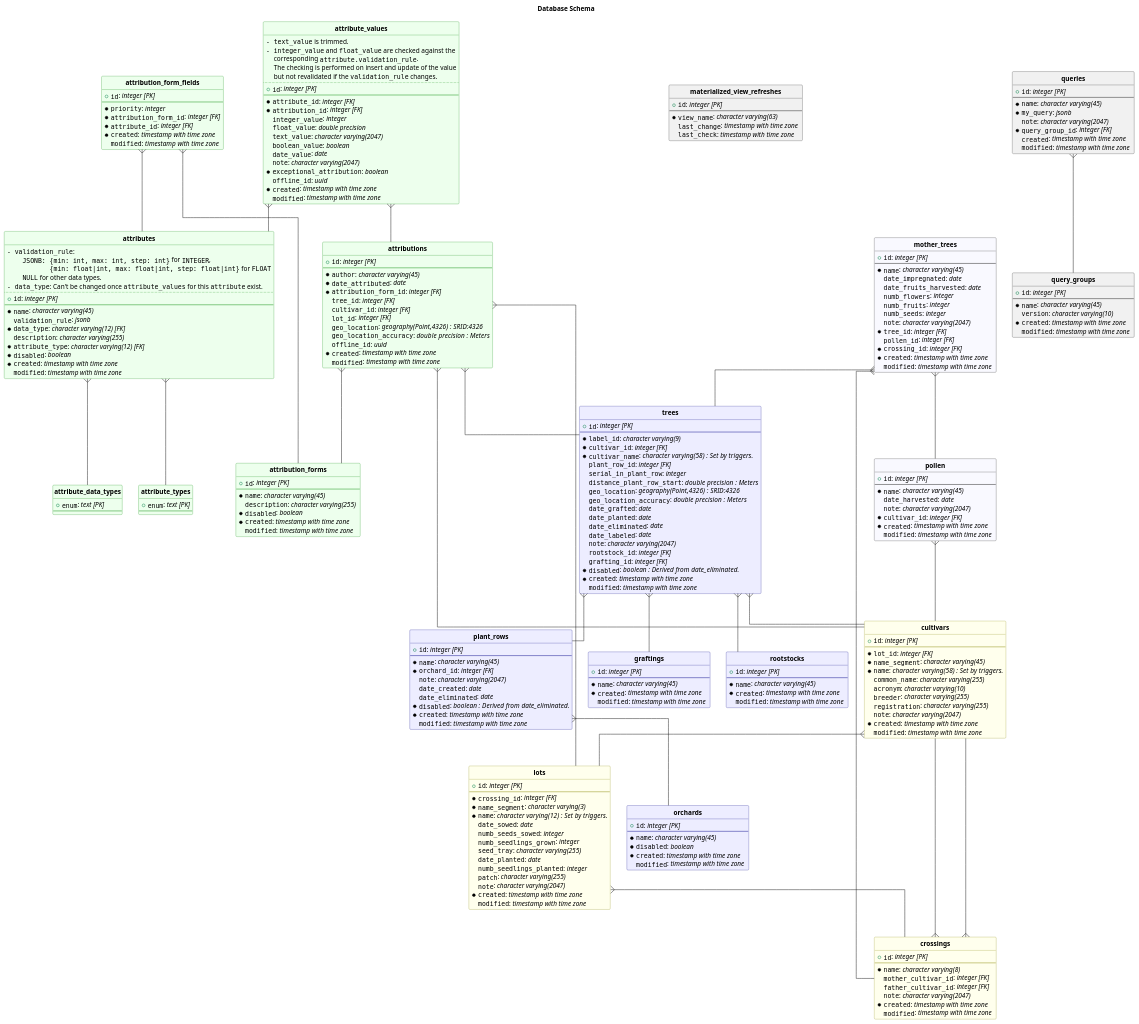
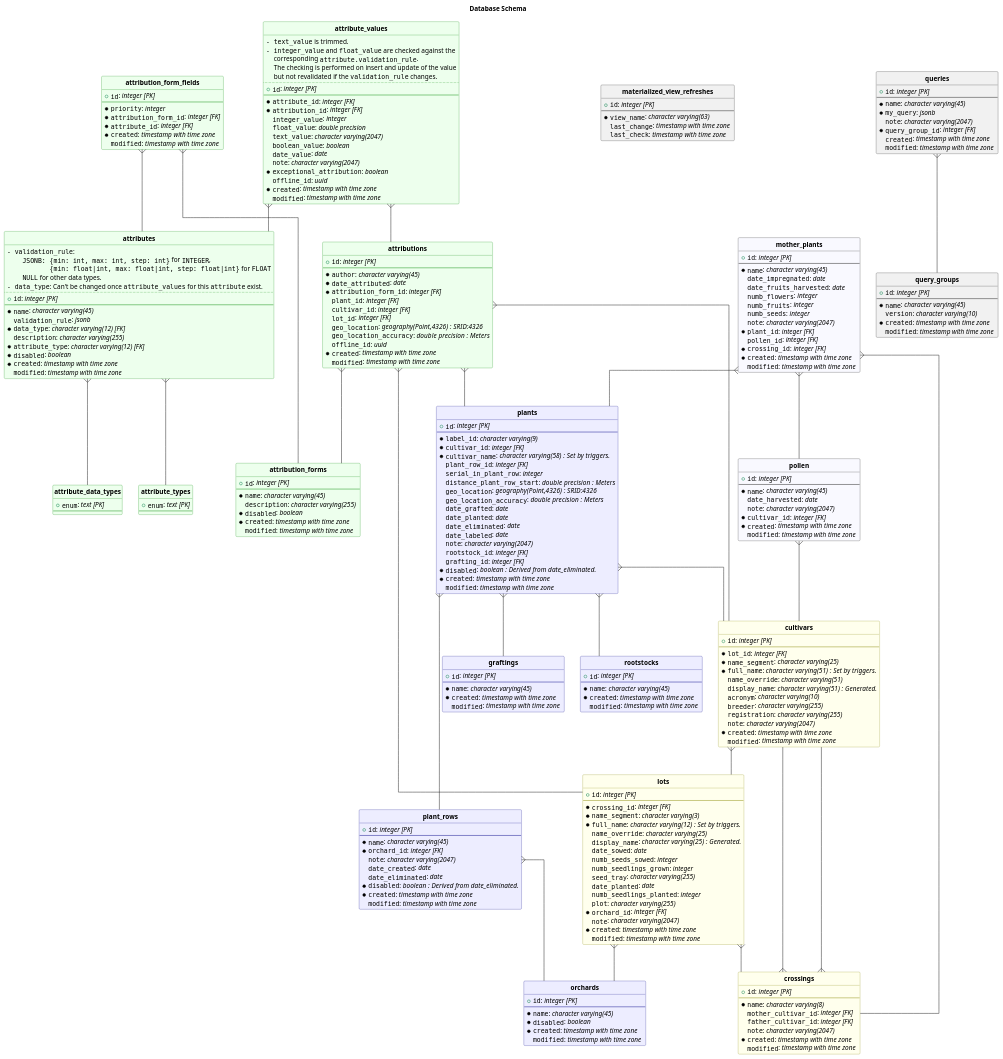
One commit to bolliger-tech/breedersdb.com changed the diagram in backend/docs/database.puml. Above: the diagram before and after it, drawn with PlantUML. The commit also changed 2 other files, not shown here.

Commit message:
Update database UML

```diff
--- a/backend/docs/database.puml
+++ b/backend/docs/database.puml
@@ -73,7 +73,7 @@
   *""author"": //character varying(45) //
   *""date_attributed"": //date //
   *""attribution_form_id"": //integer [FK]//
-  ""tree_id"": //integer [FK]//
+  ""plant_id"": //integer [FK]//
   ""cultivar_id"": //integer [FK]//
   ""lot_id"": //integer [FK]//
   ""geo_location"": //geography(Point,4326)  : SRID:4326//
@@ -98,9 +98,10 @@
   + ""id"": //integer [PK]//
   --
   *""lot_id"": //integer [FK]//
-  *""name_segment"": //character varying(45) //
-  *""name"": //character varying(58)  : Set by triggers.//
-  ""common_name"": //character varying(255) //
+  *""name_segment"": //character varying(25) //
+  *""full_name"": //character varying(51)  : Set by triggers.//
+  ""name_override"": //character varying(51) //
+  ""display_name"": //character varying(51)  : Generated.//
   ""acronym"": //character varying(10) //
   ""breeder"": //character varying(255) //
   ""registration"": //character varying(255) //
@@ -122,14 +123,17 @@
   --
   *""crossing_id"": //integer [FK]//
   *""name_segment"": //character varying(3) //
-  *""name"": //character varying(12)  : Set by triggers.//
+  *""full_name"": //character varying(12)  : Set by triggers.//
+  ""name_override"": //character varying(25) //
+  ""display_name"": //character varying(25)  : Generated.//
   ""date_sowed"": //date //
   ""numb_seeds_sowed"": //integer //
   ""numb_seedlings_grown"": //integer //
   ""seed_tray"": //character varying(255) //
   ""date_planted"": //date //
   ""numb_seedlings_planted"": //integer //
-  ""patch"": //character varying(255) //
+  ""plot"": //character varying(255) //
+  *""orchard_id"": //integer [FK]//
   ""note"": //character varying(2047) //
   *""created"": //timestamp with time zone //
   ""modified"": //timestamp with time zone //
@@ -143,7 +147,7 @@
   ""last_check"": //timestamp with time zone //
 }
 
-entity "**mother_trees**" #0000ff06 {
+entity "**mother_plants**" #0000ff06 {
   + ""id"": //integer [PK]//
   --
   *""name"": //character varying(45) //
@@ -153,7 +157,7 @@
   ""numb_fruits"": //integer //
   ""numb_seeds"": //integer //
   ""note"": //character varying(2047) //
-  *""tree_id"": //integer [FK]//
+  *""plant_id"": //integer [FK]//
   ""pollen_id"": //integer [FK]//
   *""crossing_id"": //integer [FK]//
   *""created"": //timestamp with time zone //
@@ -177,6 +181,29 @@
   ""note"": //character varying(2047) //
   ""date_created"": //date //
   ""date_eliminated"": //date //
+  *""disabled"": //boolean  : Derived from date_eliminated.//
+  *""created"": //timestamp with time zone //
+  ""modified"": //timestamp with time zone //
+}
+
+entity "**plants**" #0000ff12 ##000088 {
+  + ""id"": //integer [PK]//
+  --
+  *""label_id"": //character varying(9) //
+  *""cultivar_id"": //integer [FK]//
+  *""cultivar_name"": //character varying(58)  : Set by triggers.//
+  ""plant_row_id"": //integer [FK]//
+  ""serial_in_plant_row"": //integer //
+  ""distance_plant_row_start"": //double precision  : Meters//
+  ""geo_location"": //geography(Point,4326)  : SRID:4326//
+  ""geo_location_accuracy"": //double precision  : Meters//
+  ""date_grafted"": //date //
+  ""date_planted"": //date //
+  ""date_eliminated"": //date //
+  ""date_labeled"": //date //
+  ""note"": //character varying(2047) //
+  ""rootstock_id"": //integer [FK]//
+  ""grafting_id"": //integer [FK]//
   *""disabled"": //boolean  : Derived from date_eliminated.//
   *""created"": //timestamp with time zone //
   ""modified"": //timestamp with time zone //
@@ -221,29 +248,6 @@
   ""modified"": //timestamp with time zone //
 }
 
-entity "**trees**" #0000ff12 ##000088 {
-  + ""id"": //integer [PK]//
-  --
-  *""label_id"": //character varying(9) //
-  *""cultivar_id"": //integer [FK]//
-  *""cultivar_name"": //character varying(58)  : Set by triggers.//
-  ""plant_row_id"": //integer [FK]//
-  ""serial_in_plant_row"": //integer //
-  ""distance_plant_row_start"": //double precision  : Meters//
-  ""geo_location"": //geography(Point,4326)  : SRID:4326//
-  ""geo_location_accuracy"": //double precision  : Meters//
-  ""date_grafted"": //date //
-  ""date_planted"": //date //
-  ""date_eliminated"": //date //
-  ""date_labeled"": //date //
-  ""note"": //character varying(2047) //
-  ""rootstock_id"": //integer [FK]//
-  ""grafting_id"": //integer [FK]//
-  *""disabled"": //boolean  : Derived from date_eliminated.//
-  *""created"": //timestamp with time zone //
-  ""modified"": //timestamp with time zone //
-}
-
 "**attribute_values**"   }--  "**attributes**"
 
 "**attribute_values**"   }--  "**attributions**"
@@ -262,7 +266,7 @@
 
 "**attributions**"   }--  "**lots**"
 
-"**attributions**"   }--  "**trees**"
+"**attributions**"   }--  "**plants**"
 
 "**crossings**"   }--  "**cultivars**"
 
@@ -272,23 +276,25 @@
 
 "**lots**"   }--  "**crossings**"
 
-"**mother_trees**"   }--  "**crossings**"
+"**lots**"   }--  "**orchards**"
 
-"**mother_trees**"   }--  "**pollen**"
+"**mother_plants**"   }--  "**crossings**"
 
-"**mother_trees**"   }--  "**trees**"
+"**mother_plants**"   }--  "**plants**"
+
+"**mother_plants**"   }--  "**pollen**"
 
 "**plant_rows**"   }--  "**orchards**"
+
+"**plants**"   }--  "**cultivars**"
+
+"**plants**"   }--  "**graftings**"
+
+"**plants**"   }--  "**plant_rows**"
+
+"**plants**"   }--  "**rootstocks**"
 
 "**pollen**"   }--  "**cultivars**"
 
 "**queries**"   }--  "**query_groups**"
-
-"**trees**"   }--  "**cultivars**"
-
-"**trees**"   }--  "**graftings**"
-
-"**trees**"   }--  "**plant_rows**"
-
-"**trees**"   }--  "**rootstocks**"
 @enduml
```
